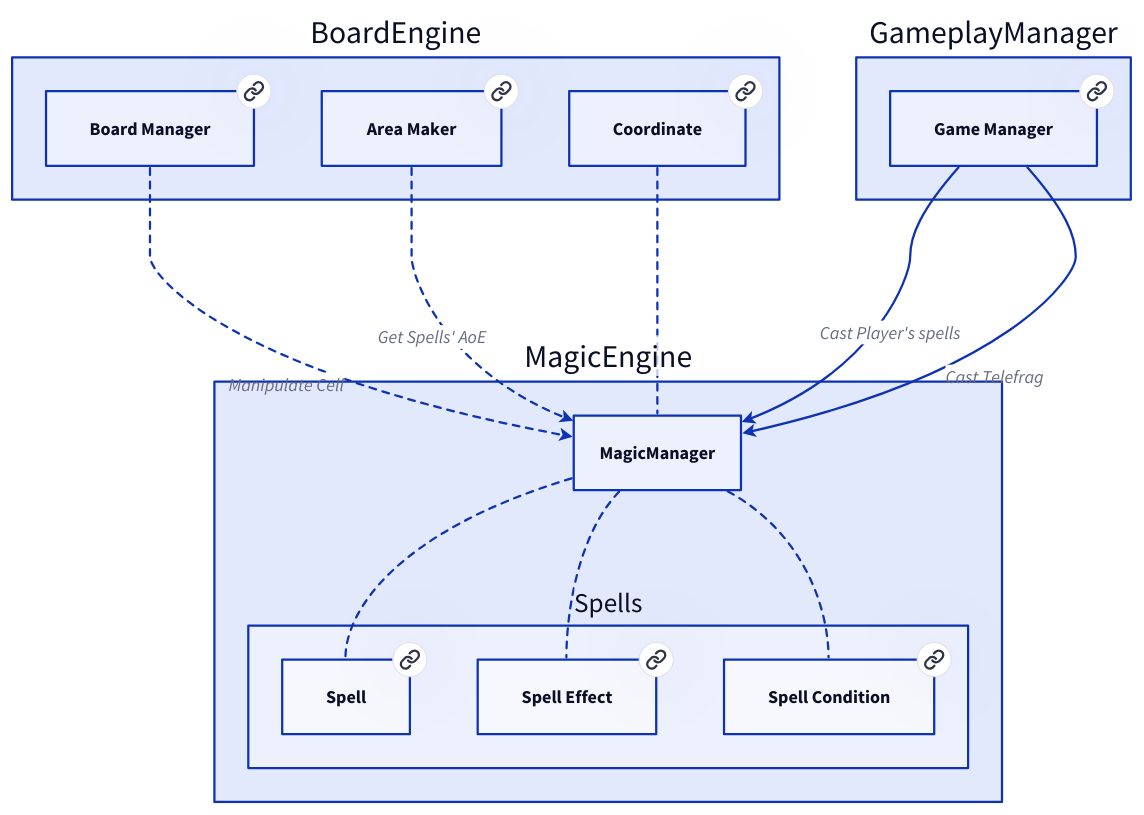
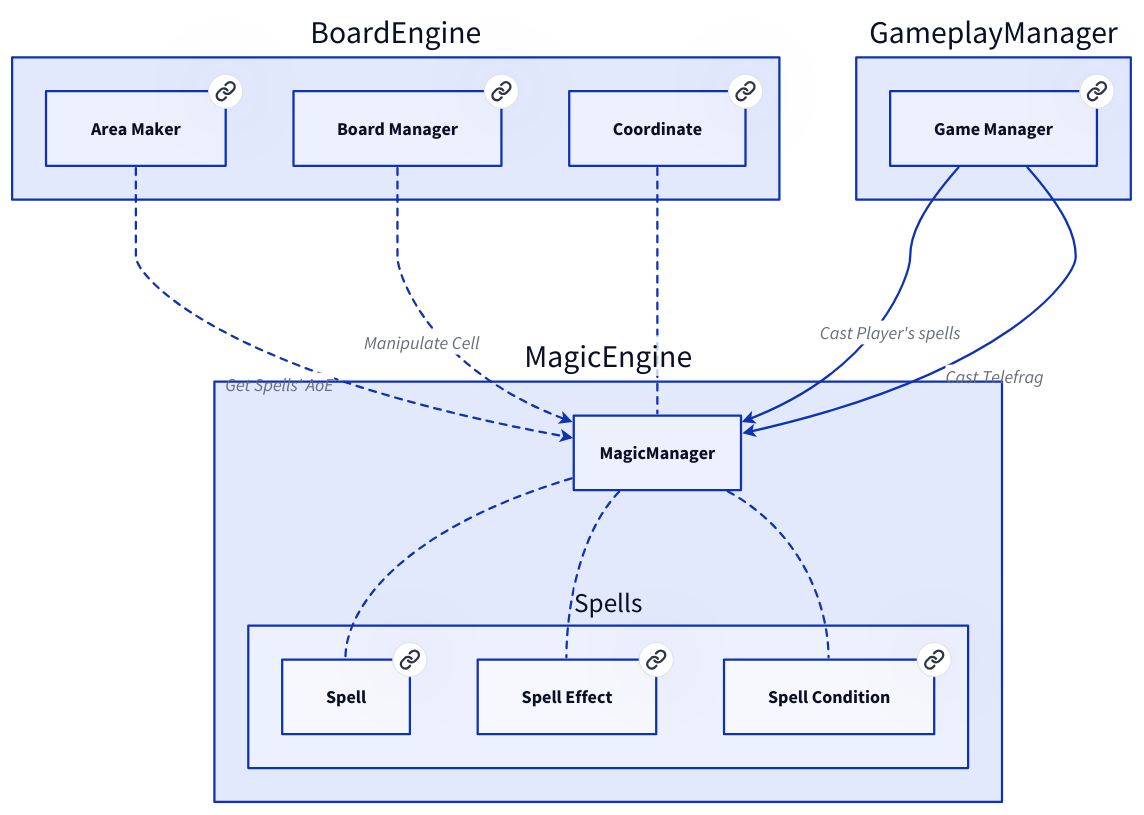
The diagram in doc/MagicEngine/MagicManager.md (Portevent/Brume-Documentation), drawn with D2 before and after one commit. The commit also changed other lines of this file and 92 other files, not shown here.

````diff
--- a/doc/MagicEngine/MagicManager.md
+++ b/doc/MagicEngine/MagicManager.md
@@ -10,55 +10,55 @@
 ```d2
 # Nodes :
 BoardEngine: {
+    AreaMaker: Area Maker {
+       link: AreaMaker
+    }
     BoardManager: Board Manager {
        link: BoardManager
-    }
-    AreaMaker: Area Maker {
-       link: AreaMaker
     }
     Coordinate: Coordinate {
        link: Coordinate
     }
 }
 GameplayManager: {
     GameManager: Game Manager {
        link: GameManager
     }
 }
 MagicEngine: {
     Spells: {
+        SpellCondition: Spell Condition {
+           link: SpellCondition
+        }
         Spell: Spell {
            link: Spell
-        }
-        SpellCondition: Spell Condition {
-           link: SpellCondition
         }
         SpellEffect: Spell Effect {
            link: SpellEffect
         }
     }
 }
 
 # Links :
 BoardEngine.Coordinate -- MagicEngine.MagicManager: {style.stroke-dash: 3}
 MagicEngine.MagicManager -- MagicEngine.Spells.Spell: {style.stroke-dash: 3}
 MagicEngine.MagicManager -- MagicEngine.Spells.SpellEffect: {style.stroke-dash: 3}
 MagicEngine.MagicManager -- MagicEngine.Spells.SpellCondition: {style.stroke-dash: 3}
 BoardEngine.AreaMaker -> MagicEngine.MagicManager: Get Spells' AoE {style.stroke-dash: 3
 source-arrowhead: {}
 target-arrowhead: {shape: arrow}
 }
 GameplayManager.GameManager -> MagicEngine.MagicManager: Cast Player's spells {
 source-arrowhead: {}
 target-arrowhead: {shape: arrow}
 }
 GameplayManager.GameManager -> MagicEngine.MagicManager: Cast Telefrag {
 source-arrowhead: {}
 target-arrowhead: {shape: arrow}
 }
 BoardEngine.BoardManager -> MagicEngine.MagicManager: Manipulate Cell {style.stroke-dash: 3
 source-arrowhead: {}
 target-arrowhead: {shape: arrow}
 }
 
 ```
````
